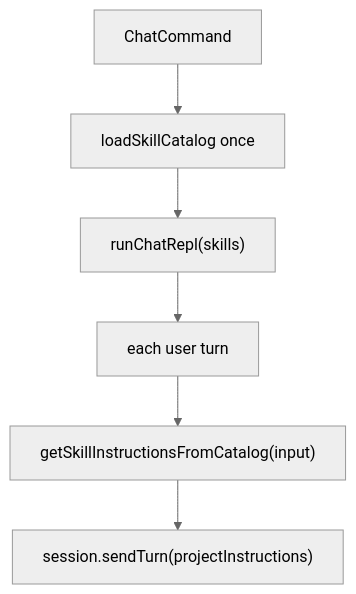
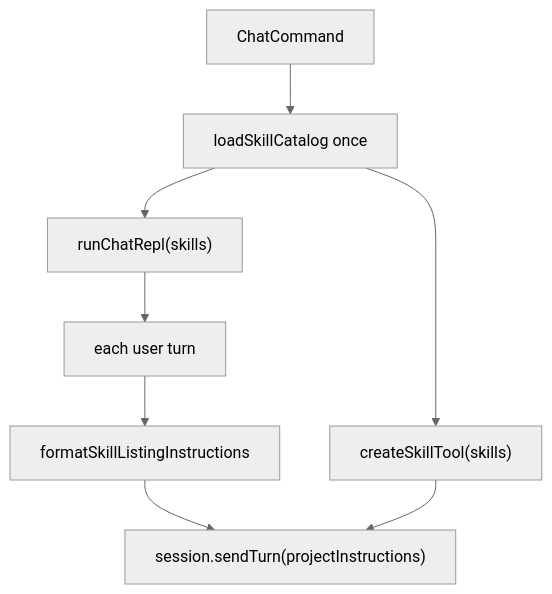
Before and after one commit to nova-agents-ai/nova-code: the third of 3 diagrams in docs/architecture/M9-architecture.md, drawn with Mermaid (neutral theme). The commit also changed other lines of this file and 23 other files, not shown here.

````diff
--- a/docs/architecture/M9-architecture.md
+++ b/docs/architecture/M9-architecture.md
@@ -101,8 +111,10 @@
 ```mermaid
 flowchart TD
-  CHAT["ChatCommand"] --> LOAD["loadSkillCatalog once"]
-  LOAD --> REPL["runChatRepl(skills)"]
+  CHAT["ChatCommand"] --> CAT["loadSkillCatalog once"]
+  CAT --> TOOL["createSkillTool(skills)"]
+  CAT --> REPL["runChatRepl(skills)"]
   REPL --> TURN["each user turn"]
-  TURN --> MATCH["getSkillInstructionsFromCatalog(input)"]
-  MATCH --> LOOP["session.sendTurn(projectInstructions)"]
+  TURN --> LIST["formatSkillListingInstructions"]
+  LIST --> LOOP["session.sendTurn(projectInstructions)"]
+  TOOL --> LOOP
 ```
````
